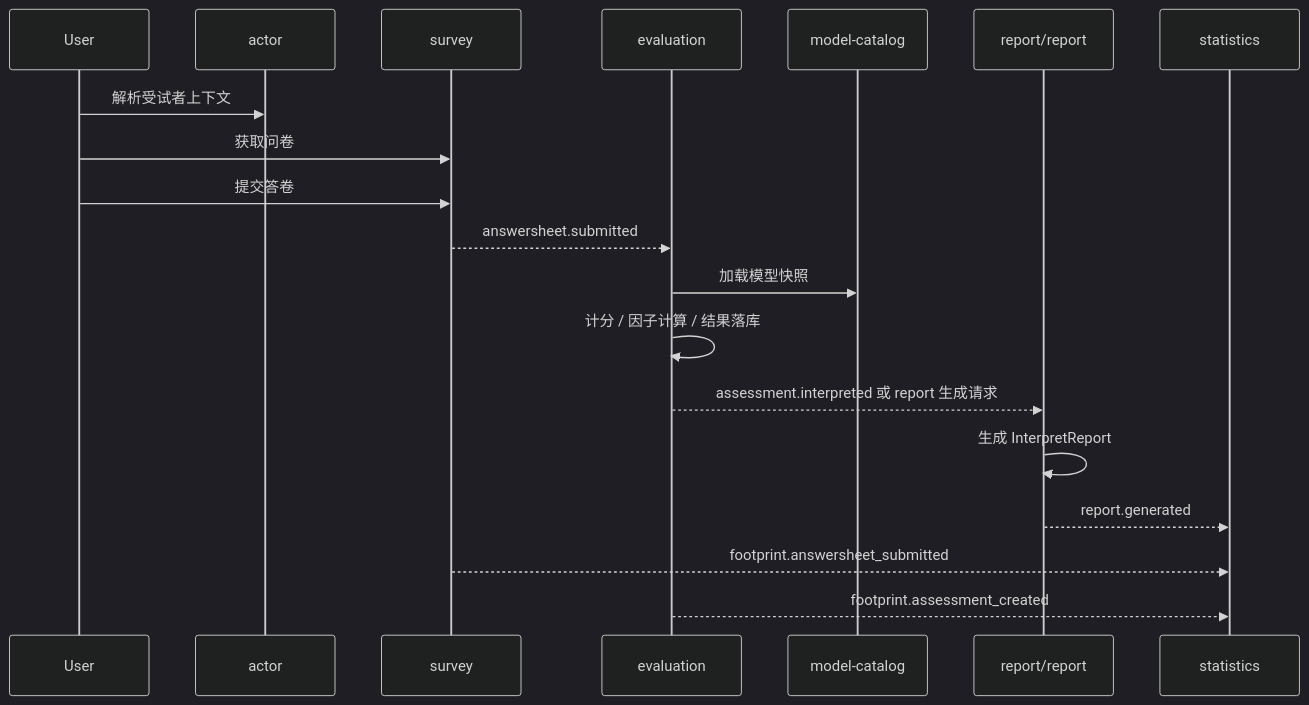
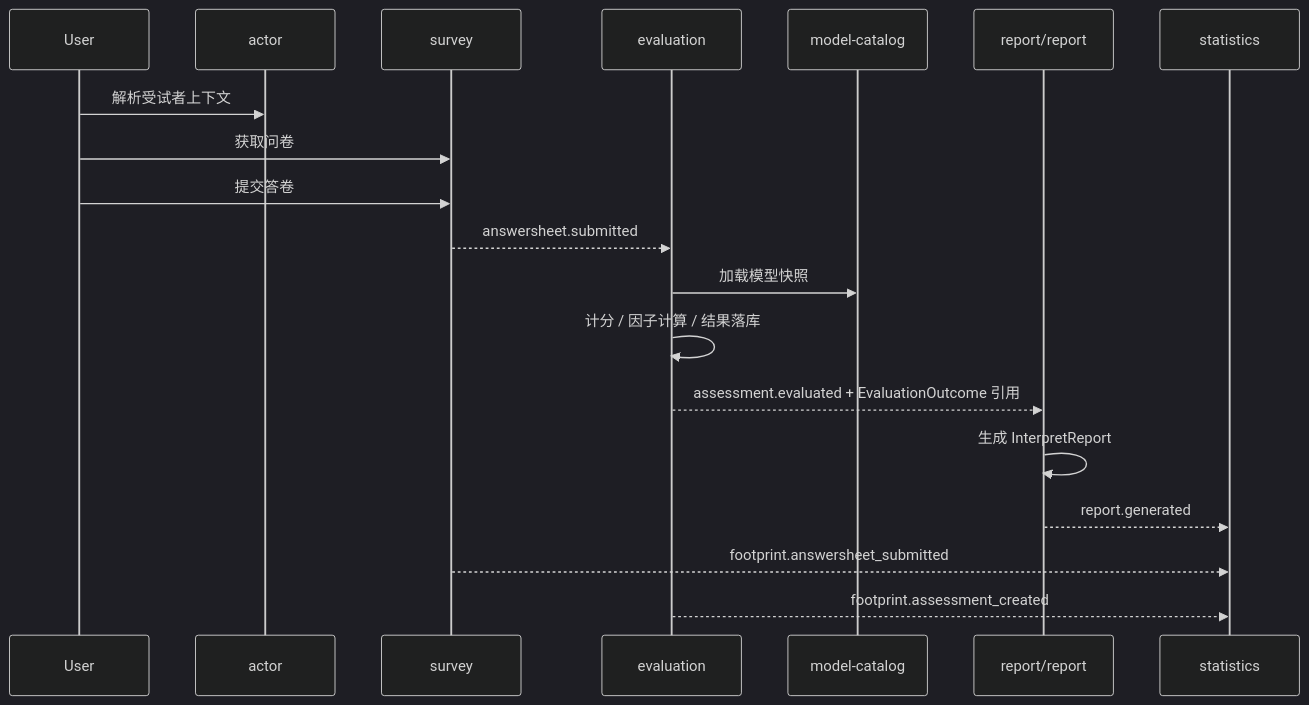
Before and after one commit to FangcunMount/qs-server: the first of 3 diagrams in docs/02-业务模块/02-核心业务全链路.md, drawn with Mermaid (dark theme). The commit also changed other lines of this file and 20 other files, not shown here.

Commit message:
doc:  更新评估和解释文档以提高清晰度和准确性 - 修改了关键事件名称和描述，以反映评估过程的当前状态，包括对`assessment.evaluated`和`assessment.interpreted`的变更。 - 强化了关于评估和报告生命周期的文档，明确了评估模块与解释模块的职责。 - 更新了状态机图，以准确表示评估和评估运行的状态转换。 - 改进了对评估、评估结果与报告之间关系的解释，强调报告生成独立于评估状态。 - 新增部分，详细说明评估与解释的决策流程及其边界，确保与最新实施目标保持一致。

````diff
--- a/docs/02-业务模块/02-核心业务全链路.md
+++ b/docs/02-业务模块/02-核心业务全链路.md
@@ -15,22 +15,22 @@
 ```mermaid
 sequenceDiagram
     participant U as User
     participant A as actor
     participant S as survey
     participant E as evaluation
     participant M as model-catalog
     participant I as report/report
     participant ST as statistics
 
     U->>A: 解析受试者上下文
     U->>S: 获取问卷
     U->>S: 提交答卷
     S-->>E: answersheet.submitted
     E->>M: 加载模型快照
     E->>E: 计分 / 因子计算 / 结果落库
-    E-->>I: assessment.interpreted 或 report 生成请求
+    E-->>I: assessment.evaluated + EvaluationOutcome 引用
     I->>I: 生成 InterpretReport
     I-->>ST: report.generated
     S-->>ST: footprint.answersheet_submitted
     E-->>ST: footprint.assessment_created
 ```
````
